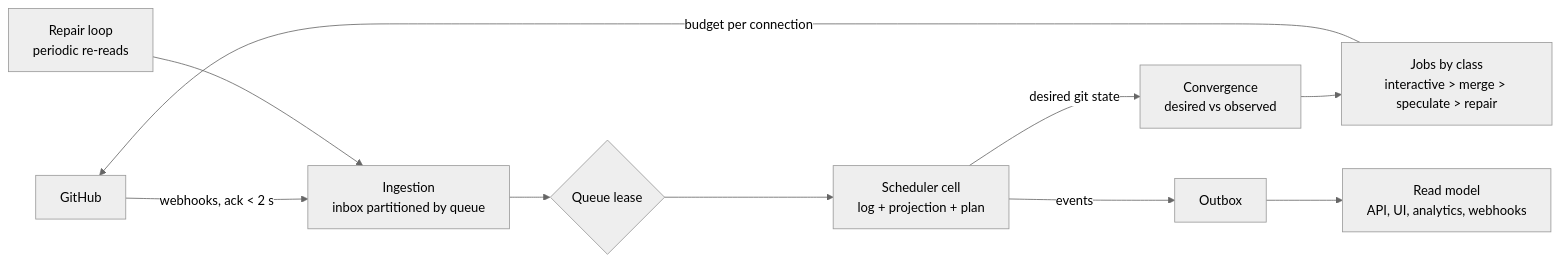
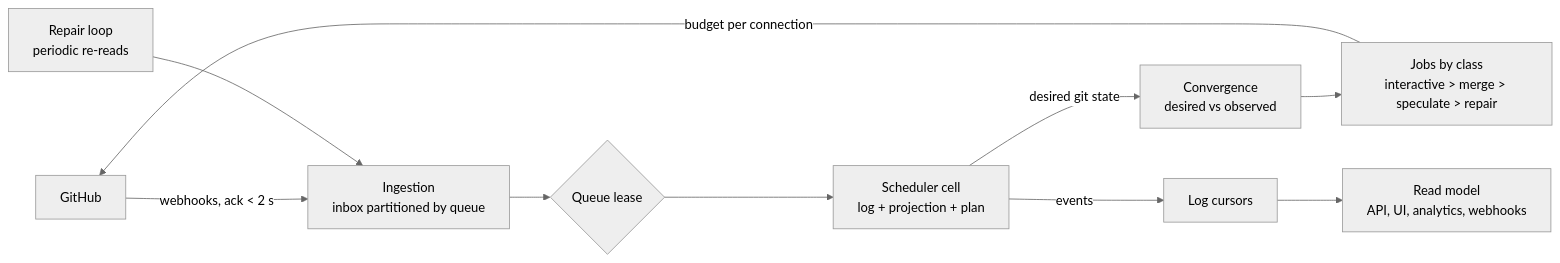
Before and after one commit to getcihub/cihub: the diagram in docs/ARCHITECTURE.md, drawn with Mermaid (neutral theme). The commit also changed other lines of this file and 8 other files, not shown here.

````diff
--- a/docs/ARCHITECTURE.md
+++ b/docs/ARCHITECTURE.md
@@ -5,12 +5,12 @@
 ```mermaid
 flowchart LR
   GH[GitHub] -->|webhooks, ack < 2 s| IN[Ingestion<br/>inbox partitioned by queue]
   IN --> LEASE{Queue lease}
   LEASE --> CELL[Scheduler cell<br/>log + projection + plan]
   CELL -->|desired git state| DIFF[Convergence<br/>desired vs observed]
   DIFF --> JOBS[Jobs by class<br/>interactive > merge > speculate > repair]
   JOBS -->|budget per connection| GH
   REP[Repair loop<br/>periodic re-reads] --> IN
-  CELL -->|events| OUT[Outbox]
+  CELL -->|events| OUT[Log cursors]
   OUT --> RM[Read model<br/>API, UI, analytics, webhooks]
 ```
````
